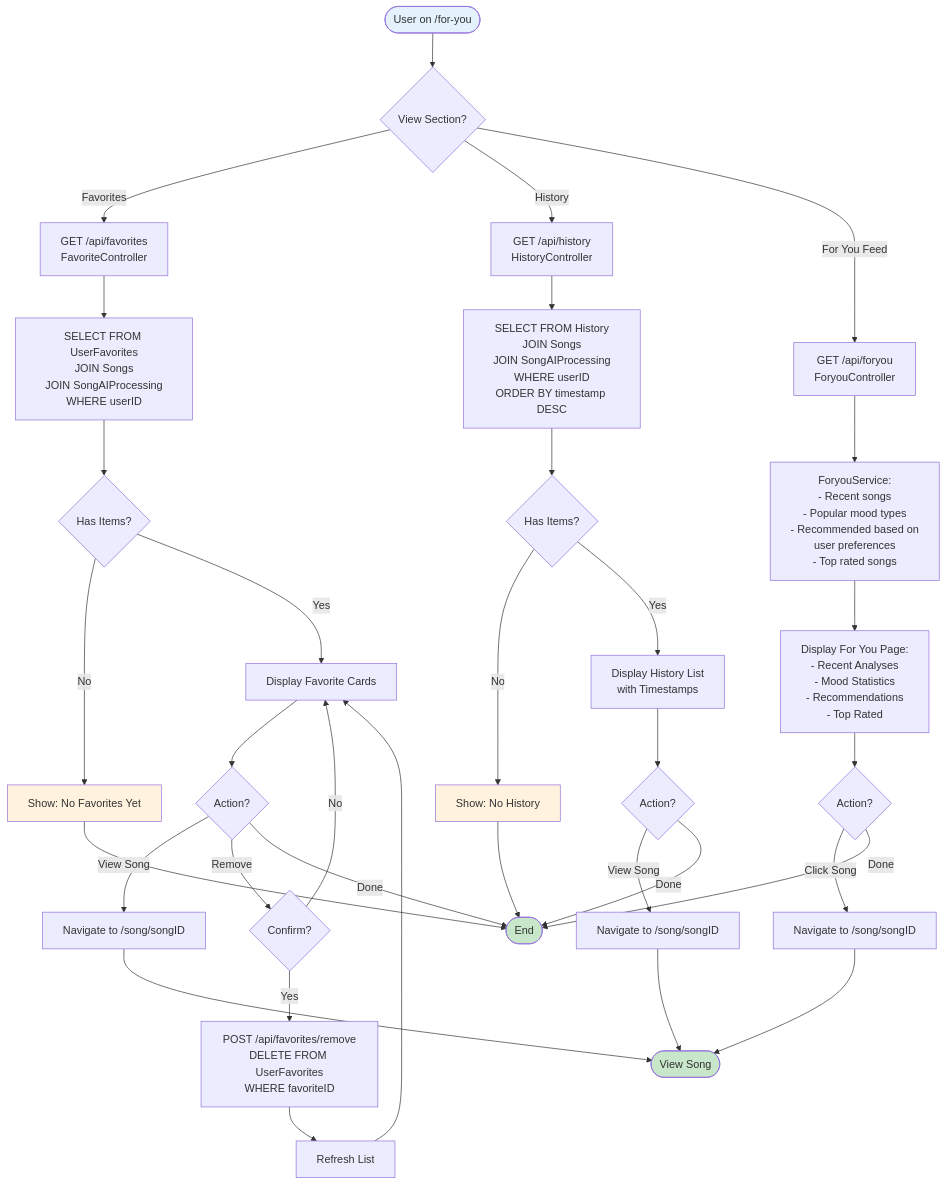
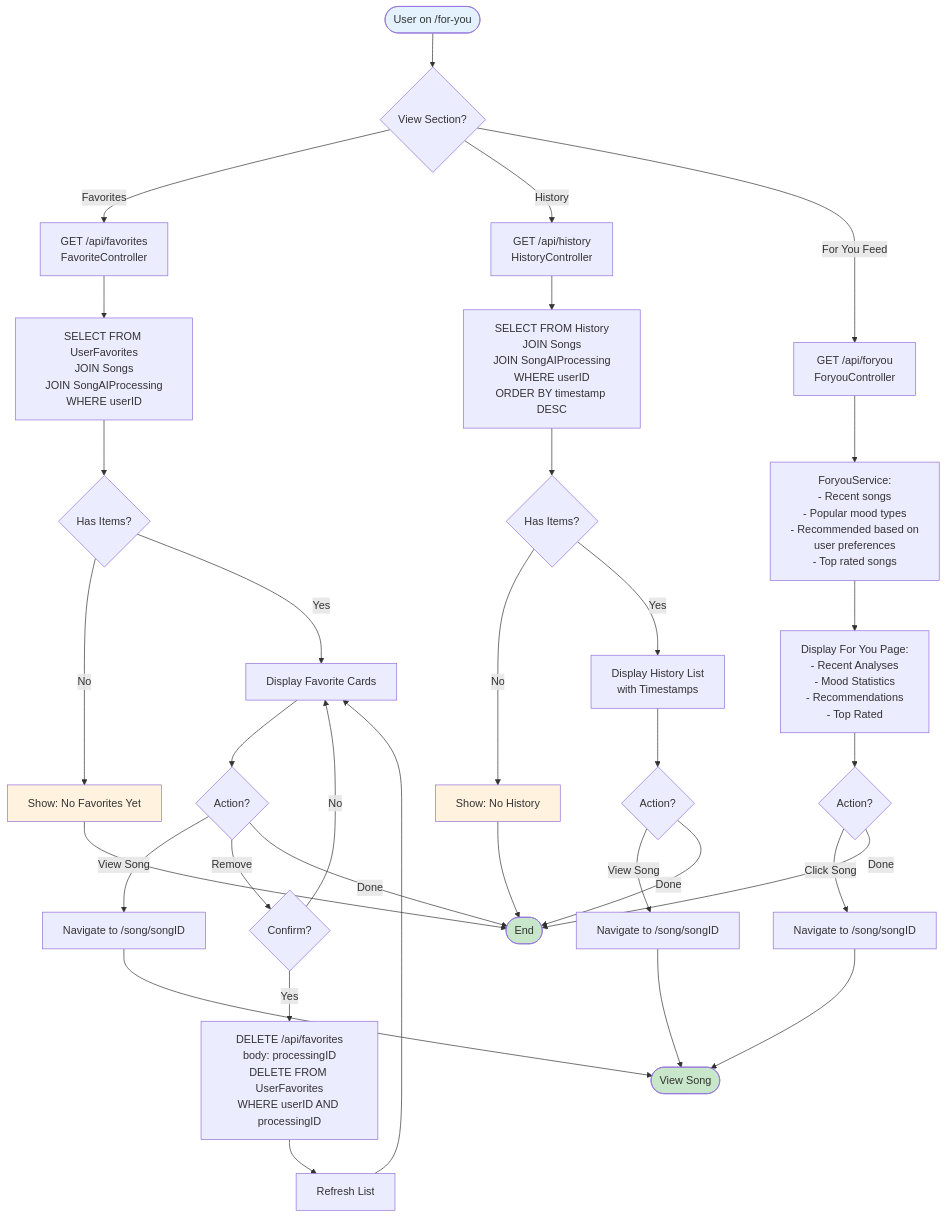
Before and after one commit to tikpoptv/MUSE-MUSIC: the fourth of 6 diagrams in diagrams/activity-diagram-user.md, drawn with Mermaid. The commit also changed other lines of this file and 6 other files, not shown here.

First line of the commit message:
Update diagrams for prompt flow and OAuth details

````diff
--- a/diagrams/activity-diagram-user.md
+++ b/diagrams/activity-diagram-user.md
@@ -235,55 +236,55 @@
 ```mermaid
 flowchart TD
     Start([User on /for-you]) --> ViewSection{View Section?}
     
     %% Favorites
     ViewSection -->|Favorites| LoadFav[GET /api/favorites<br/>FavoriteController]
     LoadFav --> QueryFav[SELECT FROM UserFavorites<br/>JOIN Songs<br/>JOIN SongAIProcessing<br/>WHERE userID]
     QueryFav --> CheckEmpty{Has Items?}
     CheckEmpty -->|No| ShowEmpty[Show: No Favorites Yet]
     ShowEmpty --> End1([End])
     CheckEmpty -->|Yes| DisplayFav[Display Favorite Cards]
     DisplayFav --> FavAction{Action?}
     
     FavAction -->|View Song| NavSong[Navigate to /song/songID]
     NavSong --> End2([View Song])
     
     FavAction -->|Remove| ConfirmRemove{Confirm?}
     ConfirmRemove -->|No| DisplayFav
-    ConfirmRemove -->|Yes| RemoveFav[POST /api/favorites/remove<br/>DELETE FROM UserFavorites<br/>WHERE favoriteID]
+    ConfirmRemove -->|Yes| RemoveFav[DELETE /api/favorites<br/>body: processingID<br/>DELETE FROM UserFavorites<br/>WHERE userID AND processingID]
     RemoveFav --> RefreshFav[Refresh List]
     RefreshFav --> DisplayFav
     
     FavAction -->|Done| End1
     
     %% History
     ViewSection -->|History| LoadHistory[GET /api/history<br/>HistoryController]
     LoadHistory --> QueryHistory[SELECT FROM History<br/>JOIN Songs<br/>JOIN SongAIProcessing<br/>WHERE userID<br/>ORDER BY timestamp DESC]
     QueryHistory --> CheckHistEmpty{Has Items?}
     CheckHistEmpty -->|No| ShowEmptyHist[Show: No History]
     ShowEmptyHist --> End1
     CheckHistEmpty -->|Yes| DisplayHistory[Display History List<br/>with Timestamps]
     DisplayHistory --> HistAction{Action?}
     
     HistAction -->|View Song| NavSong2[Navigate to /song/songID]
     NavSong2 --> End2
     
     HistAction -->|Done| End1
     
     %% For You Feed
     ViewSection -->|For You Feed| LoadFeed[GET /api/foryou<br/>ForyouController]
     LoadFeed --> QueryFeed[ForyouService:<br/>- Recent songs<br/>- Popular mood types<br/>- Recommended based on<br/>  user preferences<br/>- Top rated songs]
     QueryFeed --> DisplayFeed[Display For You Page:<br/>- Recent Analyses<br/>- Mood Statistics<br/>- Recommendations<br/>- Top Rated]
     DisplayFeed --> FeedAction{Action?}
     
     FeedAction -->|Click Song| NavSong3[Navigate to /song/songID]
     NavSong3 --> End2
     
     FeedAction -->|Done| End1
     
     style Start fill:#e3f2fd
     style End1 fill:#c8e6c9
     style End2 fill:#c8e6c9
     style ShowEmpty fill:#fff3e0
     style ShowEmptyHist fill:#fff3e0
 ```
````
